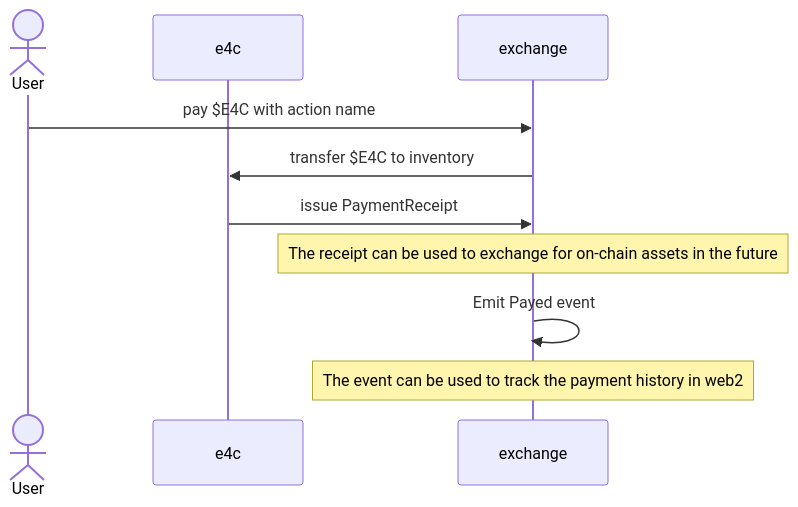
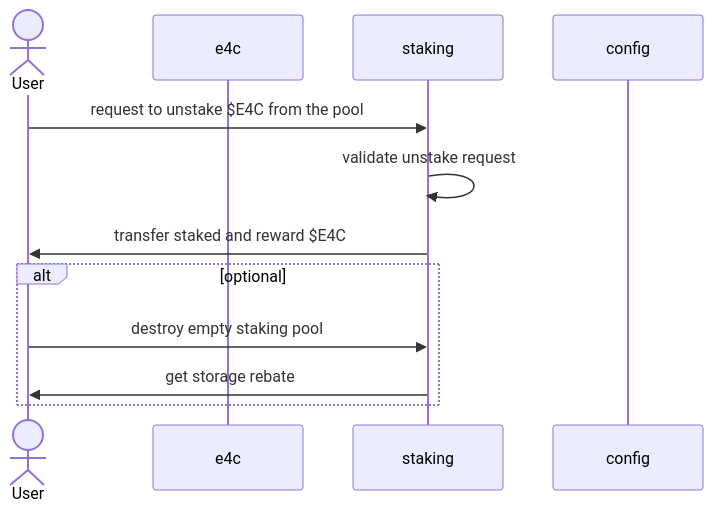
Before and after one commit to z330789559/e4c: the third of 4 diagrams in README.md, drawn with Mermaid. The commit also changed other lines of this file, not shown here.

Commit message:
docs: update sequence diagrams

````diff
--- a/README.md
+++ b/README.md
@@ -148,12 +63,14 @@
 ```mermaid
 sequenceDiagram
     actor U as User
     participant e4c
-    participant exchange
-    U ->> exchange: pay $E4C with action name
-    exchange ->> e4c: transfer $E4C to inventory
-    e4c ->> exchange: issue PaymentReceipt
-    Note over exchange: The receipt can be used to exchange for on-chain assets in the future
-    exchange ->> exchange: Emit Payed event
-    Note over exchange: The event can be used to track the payment history in web2
+    participant staking
+    participant config
+    U ->> staking: request to unstake $E4C from the pool
+    staking ->> staking: validate unstake request
+    staking ->> U: transfer staked and reward $E4C
+    alt optional
+        U ->> staking: destroy empty staking pool
+        staking ->> U: get storage rebate
+    end
 ```
````
